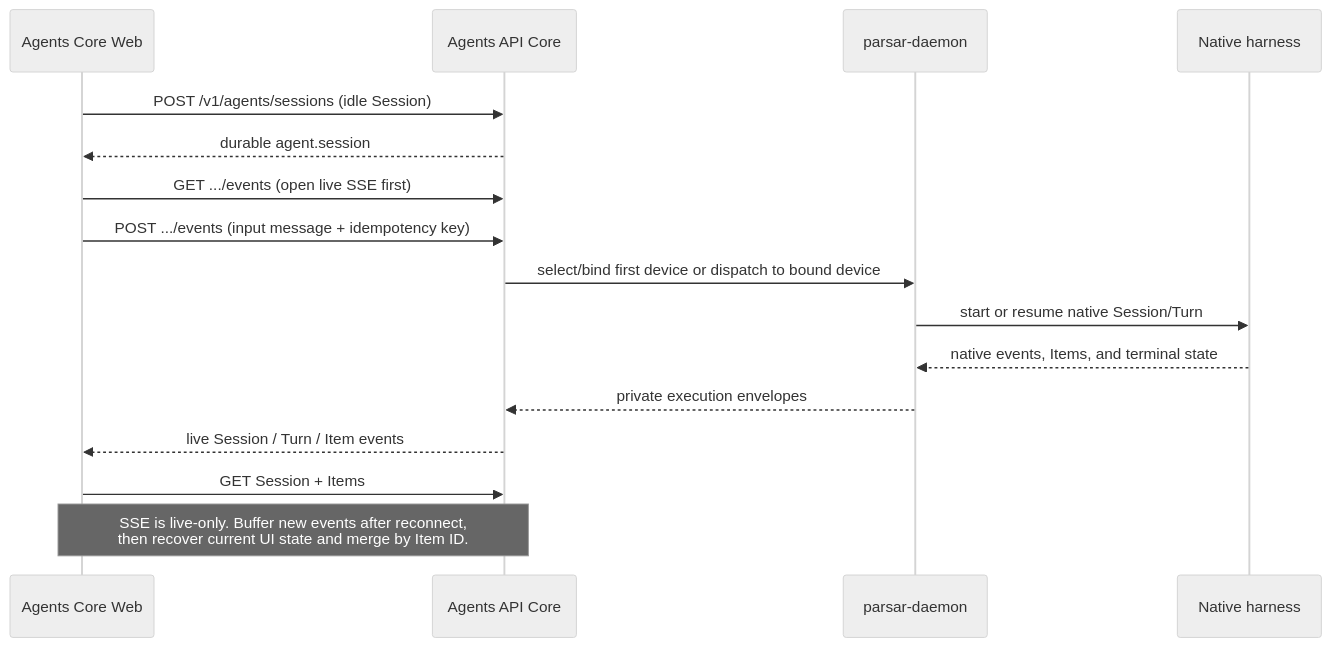
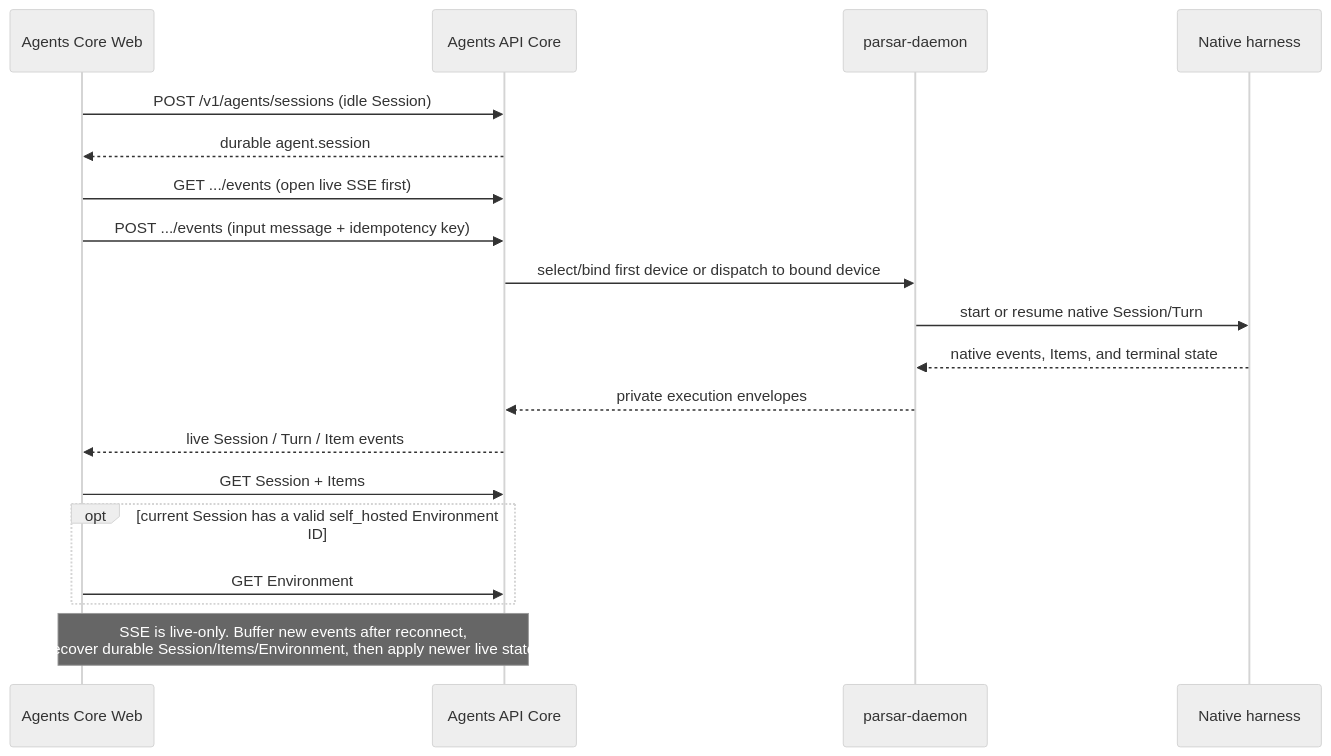
One commit to MiniMax-AI-Dev/agents-core-web changed the second of 2 diagrams in docs/architecture.md. Above: the diagram before and after it, drawn with Mermaid (neutral theme). The commit also changed other lines of this file and 17 other files, not shown here.

First line of the commit message:
feat: hydrate durable Environment status (#18)

````diff
--- a/docs/architecture.md
+++ b/docs/architecture.md
@@ -108,19 +108,22 @@
 ```mermaid
 sequenceDiagram
   participant W as Agents Core Web
   participant C as Agents API Core
   participant D as parsar-daemon
   participant H as Native harness
 
   W->>C: POST /v1/agents/sessions (idle Session)
   C-->>W: durable agent.session
   W->>C: GET .../events (open live SSE first)
   W->>C: POST .../events (input message + idempotency key)
   C->>D: select/bind first device or dispatch to bound device
   D->>H: start or resume native Session/Turn
   H-->>D: native events, Items, and terminal state
   D-->>C: private execution envelopes
   C-->>W: live Session / Turn / Item events
   W->>C: GET Session + Items
-  Note over W,C: SSE is live-only. Buffer new events after reconnect,<br/>then recover current UI state and merge by Item ID.
+  opt current Session has a valid self_hosted Environment ID
+    W->>C: GET Environment
+  end
+  Note over W,C: SSE is live-only. Buffer new events after reconnect,<br/>recover durable Session/Items/Environment, then apply newer live state.
 ```
````
